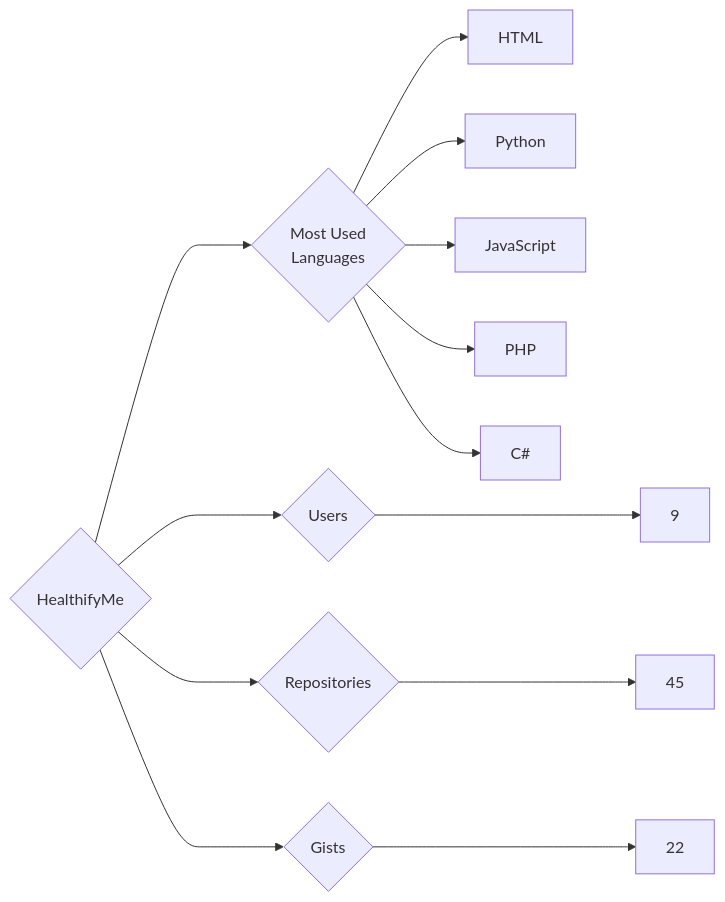
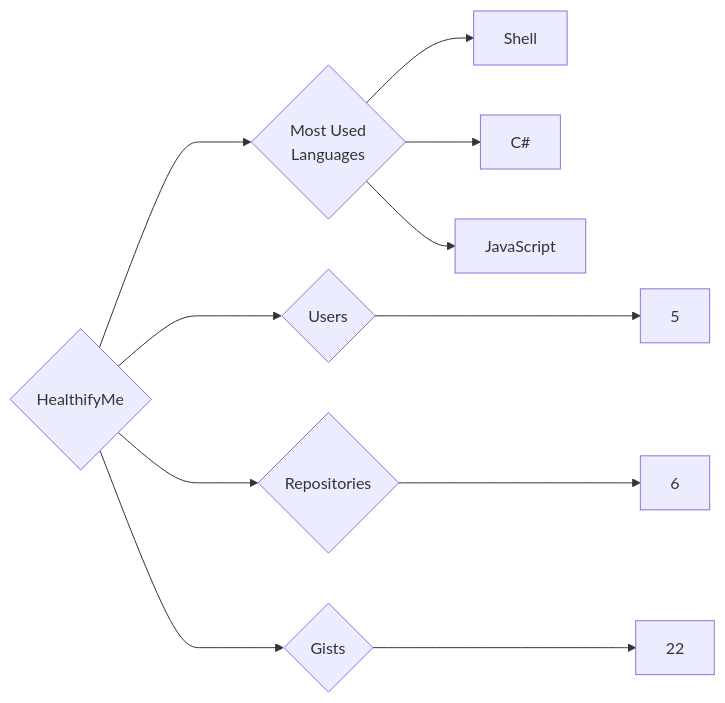
The diagram in targets/HealthifyMe/README.md (trickest/insiders), drawn with Mermaid before and after one commit. The commit also changed 1120 other files, not shown here.

````diff
--- a/targets/HealthifyMe/README.md
+++ b/targets/HealthifyMe/README.md
@@ -3,13 +3,11 @@
 ```mermaid
 graph LR
 COMPANY_NAME{HealthifyMe}
-COMPANY_NAME ---> U{Users} ---> UN[9]
-COMPANY_NAME ---> R{Repositories} ---> RN[45]
+COMPANY_NAME ---> U{Users} ---> UN[5]
+COMPANY_NAME ---> R{Repositories} ---> RN[6]
 COMPANY_NAME ---> G{Gists} ---> GN[22]
 COMPANY_NAME ---> ML{Most Used<br>Languages}
-ML --> HTML[HTML]
-ML --> Python[Python]
+ML --> Shell[Shell]
+ML --> C#[C#]
 ML --> JavaScript[JavaScript]
-ML --> PHP[PHP]
-ML --> C#[C#]
 ```
````
